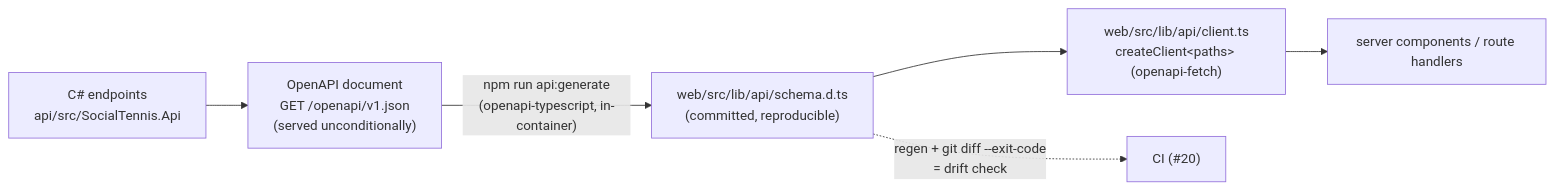
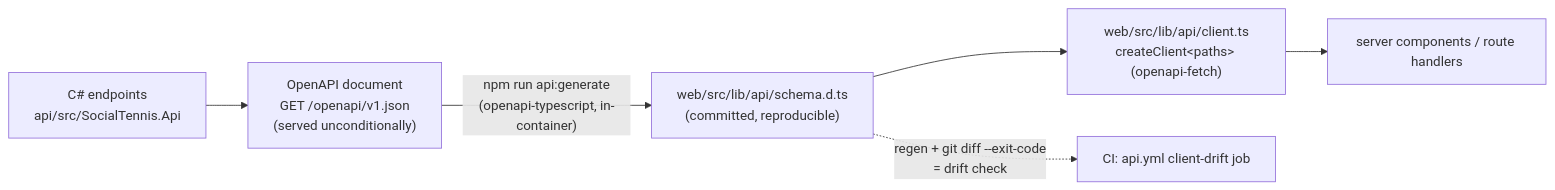
One commit to l1em1on1/social-tennis changed the third of 5 diagrams in docs/architecture.md. Above: the diagram before and after it, drawn with Mermaid. The commit also changed other lines of this file and 2 other files, not shown here.

First line of the commit message:
CI: path-triggered GitHub Actions, everything in Docker (#20)

````diff
--- a/docs/architecture.md
+++ b/docs/architecture.md
@@ -50,8 +50,8 @@
 ```mermaid
 flowchart LR
     CS["C# endpoints<br/>api/src/SocialTennis.Api"] --> DOC["OpenAPI document<br/>GET /openapi/v1.json<br/>(served unconditionally)"]
     DOC -->|"npm run api:generate<br/>(openapi-typescript, in-container)"| SCHEMA["web/src/lib/api/schema.d.ts<br/>(committed, reproducible)"]
     SCHEMA --> CLIENT["web/src/lib/api/client.ts<br/>createClient&lt;paths&gt; (openapi-fetch)"]
     CLIENT --> PAGES["server components / route handlers"]
-    SCHEMA -.->|"regen + git diff --exit-code<br/>= drift check"| CI["CI (#20)"]
+    SCHEMA -.->|"regen + git diff --exit-code<br/>= drift check"| CI["CI: api.yml client-drift job"]
 ```
````
